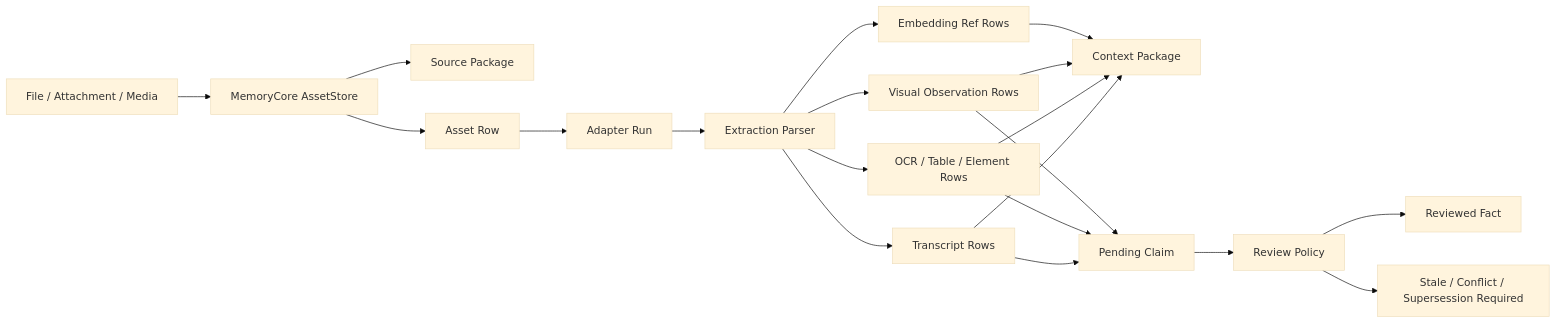
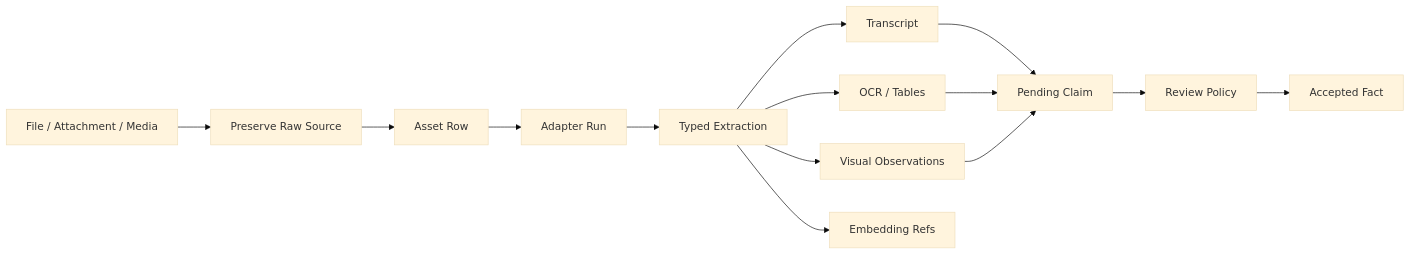
The third of 3 diagrams in README.md (Miosa-osa/OptimalEngine), drawn with Mermaid (base theme) before and after one commit. The commit also changed other lines of this file, not shown here.

````diff
--- a/README.md
+++ b/README.md
@@ -343,22 +276,16 @@
 ```mermaid
 flowchart LR
-  File[File / Attachment / Media] --> Preserve[MemoryCore AssetStore]
-  Preserve --> SP[Source Package]
+  File[File / Attachment / Media] --> Preserve[Preserve Raw Source]
   Preserve --> Asset[Asset Row]
   Asset --> Adapter[Adapter Run]
-  Adapter --> Parser[Extraction Parser]
-  Parser --> Transcript[Transcript Rows]
-  Parser --> OCR[OCR / Table / Element Rows]
-  Parser --> Visual[Visual Observation Rows]
-  Parser --> Embedding[Embedding Ref Rows]
-  Transcript --> Context[Context Package]
-  OCR --> Context
-  Visual --> Context
-  Embedding --> Context
+  Adapter --> Extract[Typed Extraction]
+  Extract --> Transcript[Transcript]
+  Extract --> OCR[OCR / Tables]
+  Extract --> Visual[Visual Observations]
+  Extract --> Embed[Embedding Refs]
   Transcript --> Claim[Pending Claim]
   OCR --> Claim
   Visual --> Claim
   Claim --> Review[Review Policy]
-  Review --> Fact[Reviewed Fact]
-  Review --> Conflict[Stale / Conflict / Supersession Required]
+  Review --> Fact[Accepted Fact]
 ```
````
